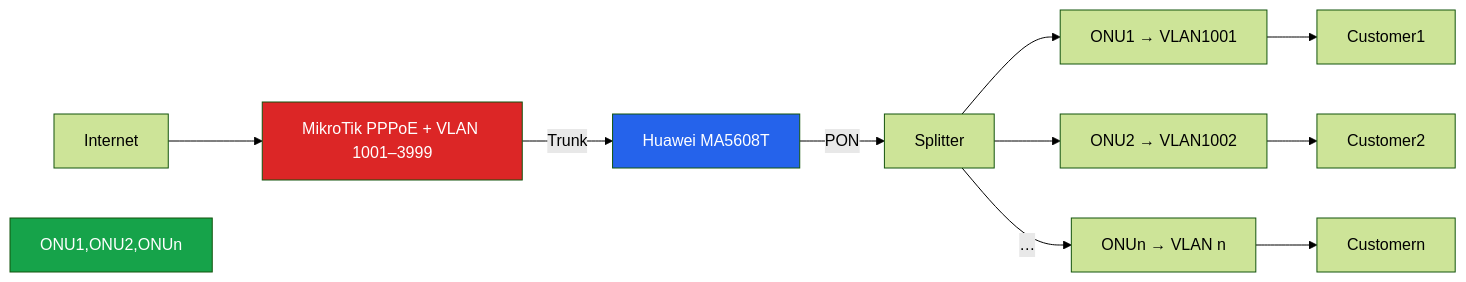
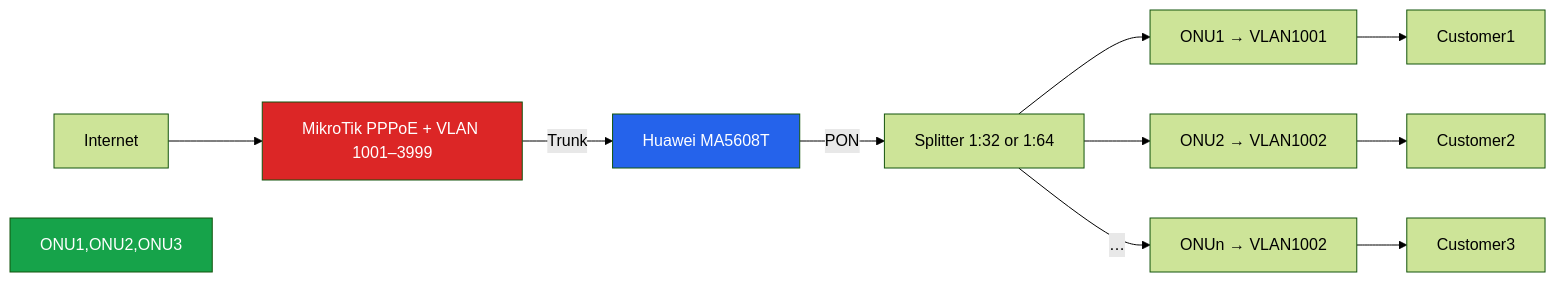
One commit to kaoheng1515/mikrotik-olt-onu-configure changed the second of 2 diagrams in README.md. Above: the diagram before and after it, drawn with Mermaid (forest theme).

````diff
--- a/README.md
+++ b/README.md
@@ -36,13 +36,13 @@
 ```mermaid
  flowchart LR
     Internet --> MK[MikroTik PPPoE + VLAN 1001–3999]
     MK -->|Trunk| OLT[Huawei MA5608T]
-    OLT -->|PON| SPL[Splitter]
+    OLT -->|PON| SPL[Splitter 1:32 or 1:64]
     SPL --> ONU1[ONU1 → VLAN1001] --> C1[Customer1]
     SPL --> ONU2[ONU2 → VLAN1002] --> C2[Customer2]
-    SPL -->|…| ONUn[ONUn → VLAN n] --> Cn[Customern]
+    SPL -->|…| ONU3[ONUn → VLAN1002] --> Cn[Customer3]
 
     style MK fill:#dc2626,color:#fff
     style OLT fill:#2563eb,color:#fff
-    style ONU1,ONU2,ONUn fill:#16a34a,color:#fff
+    style ONU1,ONU2,ONU3 fill:#16a34a,color:#fff
 ```
````
